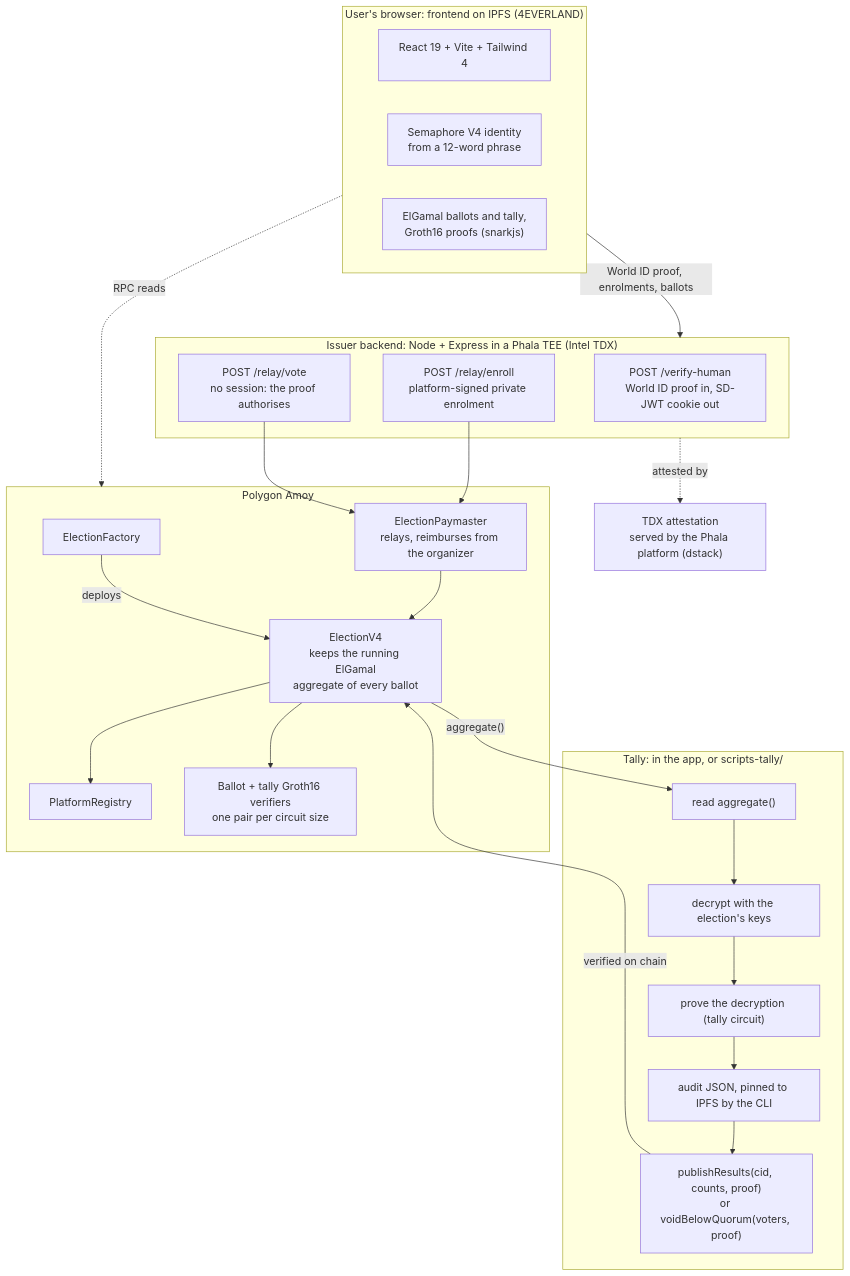
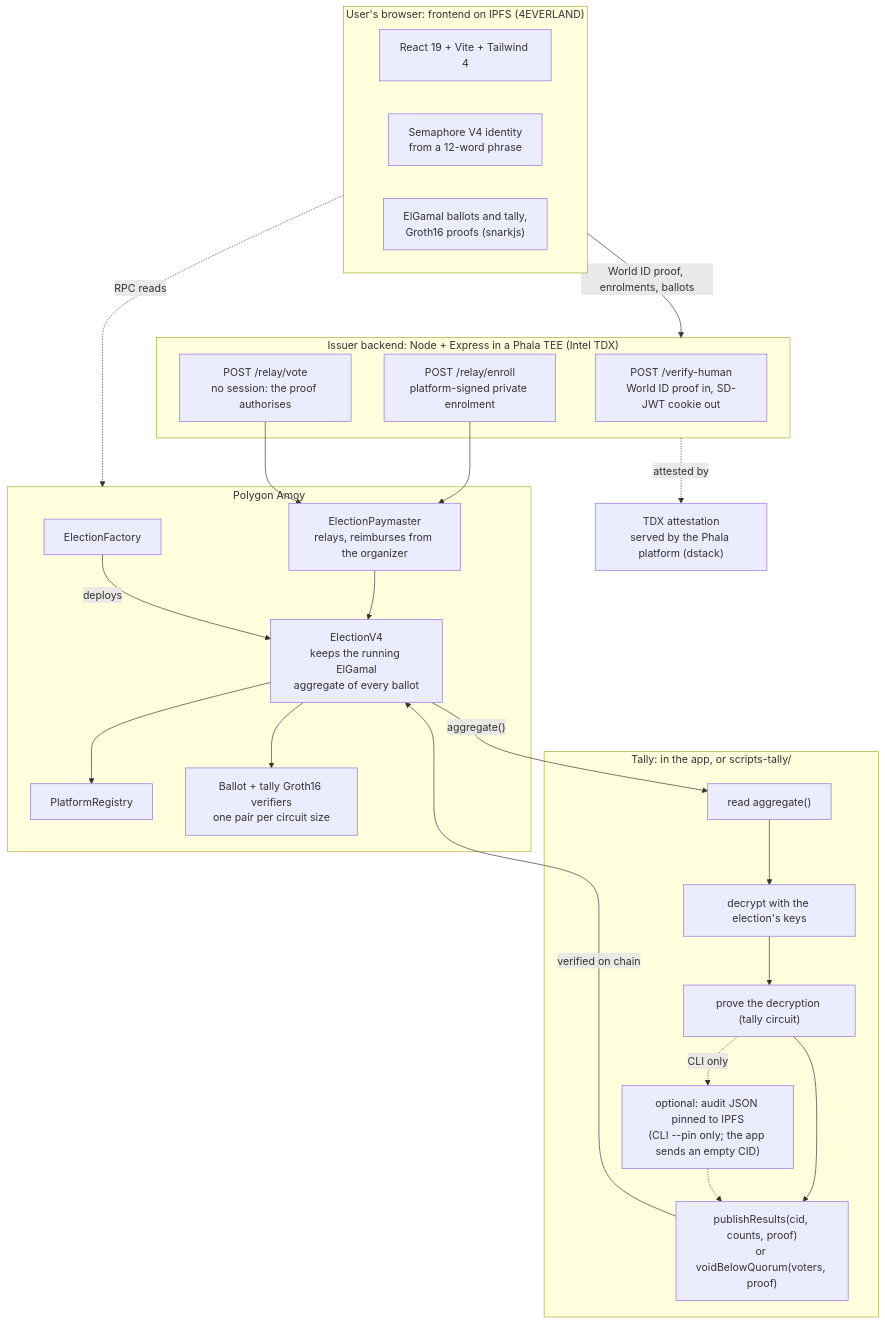
The first of 3 diagrams in docs/dev/architecture.md (CodeInIA/votain), drawn with Mermaid before and after one commit. The commit also changed other lines of this file, not shown here.

Commit message:
docs(architecture): the IPFS copy of a tally is optional, not a step
The overview drew the audit JSON as a link every tally passes through, and
the tally step said the CLI pins it. Only the CLI does, with --pin; the app
publishes an empty CID because the chain already holds the ballots and the
verified proof.

````diff
--- a/docs/dev/architecture.md
+++ b/docs/dev/architecture.md
@@ -5,44 +5,45 @@
 ```mermaid
 flowchart TB
   subgraph user["User's browser: frontend on IPFS (4EVERLAND)"]
     ui["React 19 + Vite + Tailwind 4"]
     idn["Semaphore V4 identity<br/>from a 12-word phrase"]
     zk["ElGamal ballots and tally,<br/>Groth16 proofs (snarkjs)"]
   end
 
   subgraph issuer["Issuer backend: Node + Express in a Phala TEE (Intel TDX)"]
     verify["POST /verify-human<br/>World ID proof in, SD-JWT cookie out"]
     enrol["POST /relay/enroll<br/>platform-signed private enrolment"]
     vote["POST /relay/vote<br/>no session: the proof authorises"]
   end
   tdx["TDX attestation<br/>served by the Phala platform (dstack)"]
 
   subgraph chain["Polygon Amoy"]
     factory["ElectionFactory"]
     election["ElectionV4<br/>keeps the running ElGamal<br/>aggregate of every ballot"]
     paymaster["ElectionPaymaster<br/>relays, reimburses from the organizer"]
     registry["PlatformRegistry"]
     verifiers["Ballot + tally Groth16 verifiers<br/>one pair per circuit size"]
   end
 
   subgraph tally["Tally: in the app, or scripts-tally/"]
     t1["read aggregate()"]
     t2["decrypt with the election's keys"]
     t3["prove the decryption (tally circuit)"]
-    t4["audit JSON, pinned to IPFS by the CLI"]
+    t4["optional: audit JSON pinned to IPFS<br/>(CLI --pin only; the app sends an empty CID)"]
     t5["publishResults(cid, counts, proof)<br/>or voidBelowQuorum(voters, proof)"]
   end
 
   user -- "World ID proof, enrolments, ballots" --> issuer
   user -. "RPC reads" .-> chain
   issuer -. "attested by" .-> tdx
   enrol --> paymaster
   vote --> paymaster
   paymaster --> election
   factory -- "deploys" --> election
   election --> verifiers
   election --> registry
   election -- "aggregate()" --> t1
-  t1 --> t2 --> t3 --> t4 --> t5
+  t1 --> t2 --> t3 --> t5
+  t3 -. "CLI only" .-> t4 -.-> t5
   t5 -- "verified on chain" --> election
 ```
````
